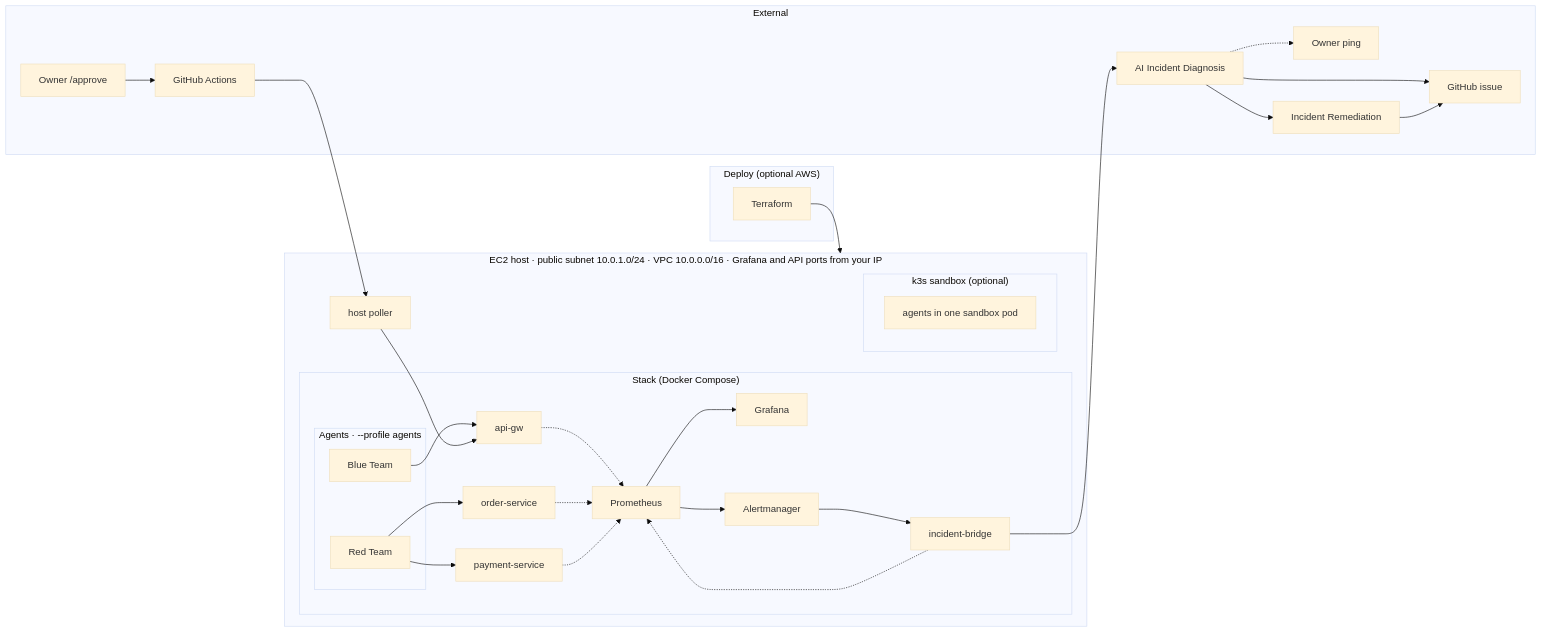
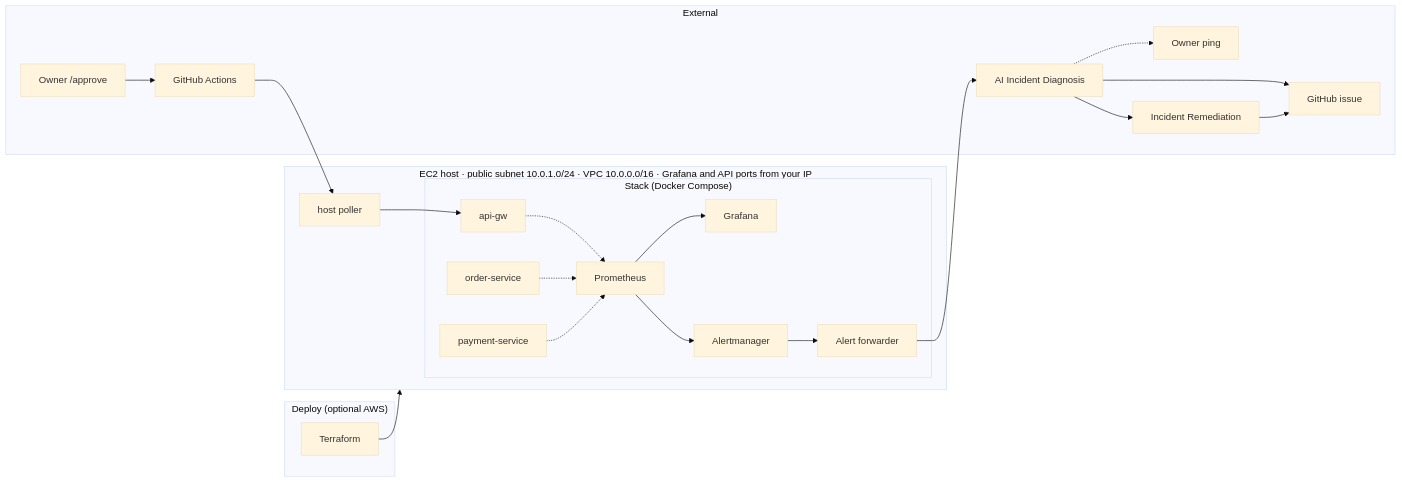
The diagram in docs/architecture.mmd (ritvikindupuri/ResilienceOps), drawn with Mermaid before and after one commit. The commit also changed 32 other files, not shown here.

First line of the commit message:
Rename Colosseum paths and clean the README flow.

```diff
--- a/docs/architecture.mmd
+++ b/docs/architecture.mmd
@@ -1,52 +1,41 @@
 %%{init: { "theme": "base", "flowchart": { "curve": "basis" } }}%%
 flowchart LR
   TF["Terraform"]
   subgraph aws ["Deploy (optional AWS)"]
     TF
   end
   subgraph host ["EC2 host · public subnet 10.0.1.0/24 · VPC 10.0.0.0/16 · Grafana and API ports from your IP"]
     subgraph compose ["Stack (Docker Compose)"]
-      subgraph agents ["Agents · --profile agents"]
-        RED[Red Team]
-        BLUE[Blue Team]
-      end
       GW[api-gw]
       OS[order-service]
       PS[payment-service]
       PROM[Prometheus]
       GRAF[Grafana]
       AM[Alertmanager]
-      BR["incident-bridge"]
+      BR["Alert forwarder"]
       GW -.-> PROM
       OS -.-> PROM
       PS -.-> PROM
       PROM --> GRAF
       PROM --> AM
       AM --> BR
-      BR -.-> PROM
-    end
-    subgraph k3sopt ["k3s sandbox (optional)"]
-      K3S["agents in one sandbox pod"]
     end
     POLL["host poller"]
   end
   subgraph ext ["External"]
     BOT["AI Incident Diagnosis"]
     GH["GitHub issue"]
     PING["Owner ping"]
     REM["Incident Remediation"]
     OWN["Owner /approve"]
     ACT["GitHub Actions"]
     BOT --> GH
     BOT -.-> PING
     BOT --> REM
     REM --> GH
     OWN --> ACT
   end
   TF --> host
-  RED --> OS
-  RED --> PS
-  BLUE --> GW
   BR --> BOT
   ACT --> POLL
   POLL --> GW
```
